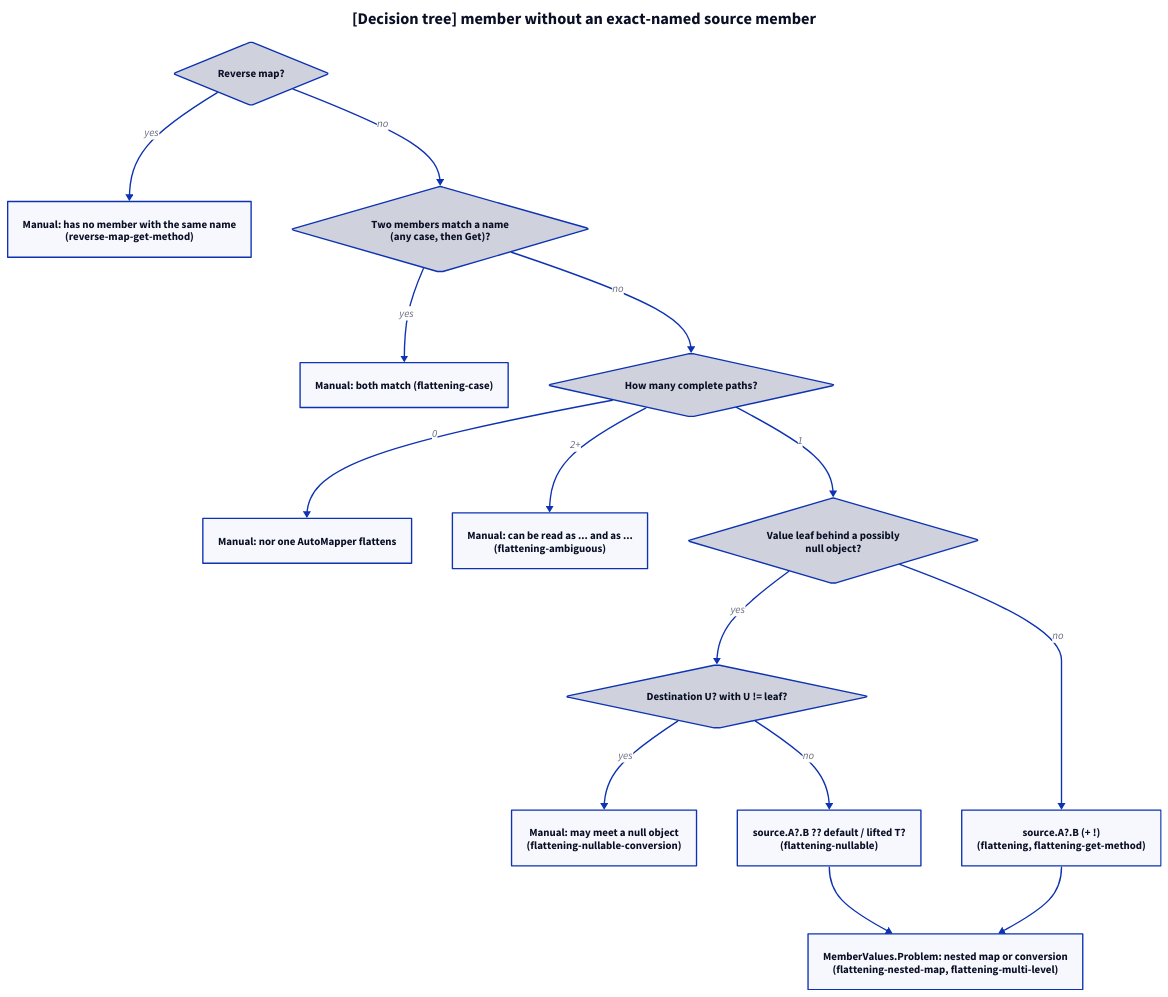
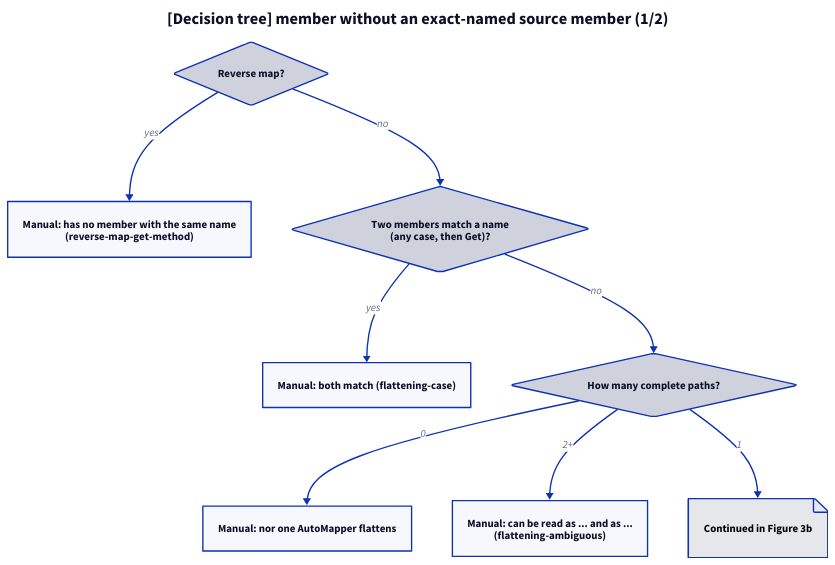
One commit to ATkingma/unshackle changed the diagram in docs/projectinfo/patterns/img/automapper-flattening-modellen-3.d2. Above: the diagram before and after it, drawn with D2. The commit also changed 271 other files, not shown here.

```diff
--- a/docs/projectinfo/patterns/img/automapper-flattening-modellen-3.d2
+++ b/docs/projectinfo/patterns/img/automapper-flattening-modellen-3.d2
@@ -1,28 +1,17 @@
-title: "[Decision tree] member without an exact-named source member" {shape: text; near: top-center; style: {font-size: 24; bold: true}}
+title: "[Decision tree] member without an exact-named source member (1/2)" {shape: text; near: top-center; style: {font-size: 24; bold: true}}
 direction: down
 q0: "Reverse map?" {shape: diamond}
 m0: "Manual: has no member with the same name\n(reverse-map-get-method)"
 q1: "Two members match a name\n(any case, then Get)?" {shape: diamond}
 m1: "Manual: both match (flattening-case)"
 q2: "How many complete paths?" {shape: diamond}
 m2: "Manual: nor one AutoMapper flattens"
 m3: "Manual: can be read as ... and as ...\n(flattening-ambiguous)"
-q3: "Value leaf behind a possibly\nnull object?" {shape: diamond}
-q4: "Destination U? with U != leaf?" {shape: diamond}
-m4: "Manual: may meet a null object\n(flattening-nullable-conversion)"
-f1: "source.A?.B ?? default / lifted T?\n(flattening-nullable)"
-f2: "source.A?.B (+ !)\n(flattening, flattening-get-method)"
-f3: "MemberValues.Problem: nested map or conversion\n(flattening-nested-map, flattening-multi-level)"
+to_next_q3: "Continued in Figure 3b" {shape: page; style: {fill: "#e5e7eb"; font-color: "#000000"}}
 q0 -> m0: yes
 q0 -> q1: no
 q1 -> m1: yes
 q1 -> q2: no
 q2 -> m2: "0"
 q2 -> m3: "2+"
-q2 -> q3: "1"
-q3 -> q4: yes
-q3 -> f2: no
-q4 -> m4: yes
-q4 -> f1: no
-f1 -> f3
-f2 -> f3
+q2 -> to_next_q3: "1"
```
